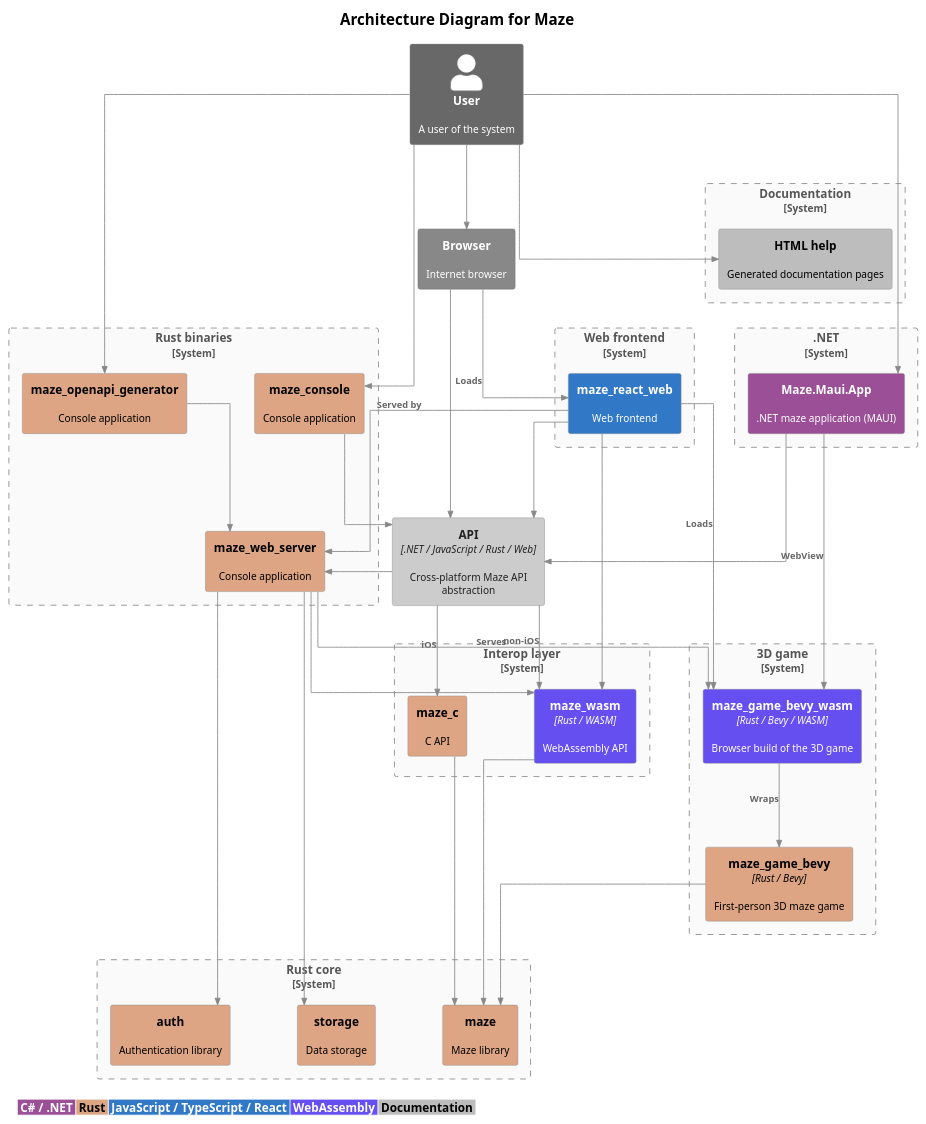
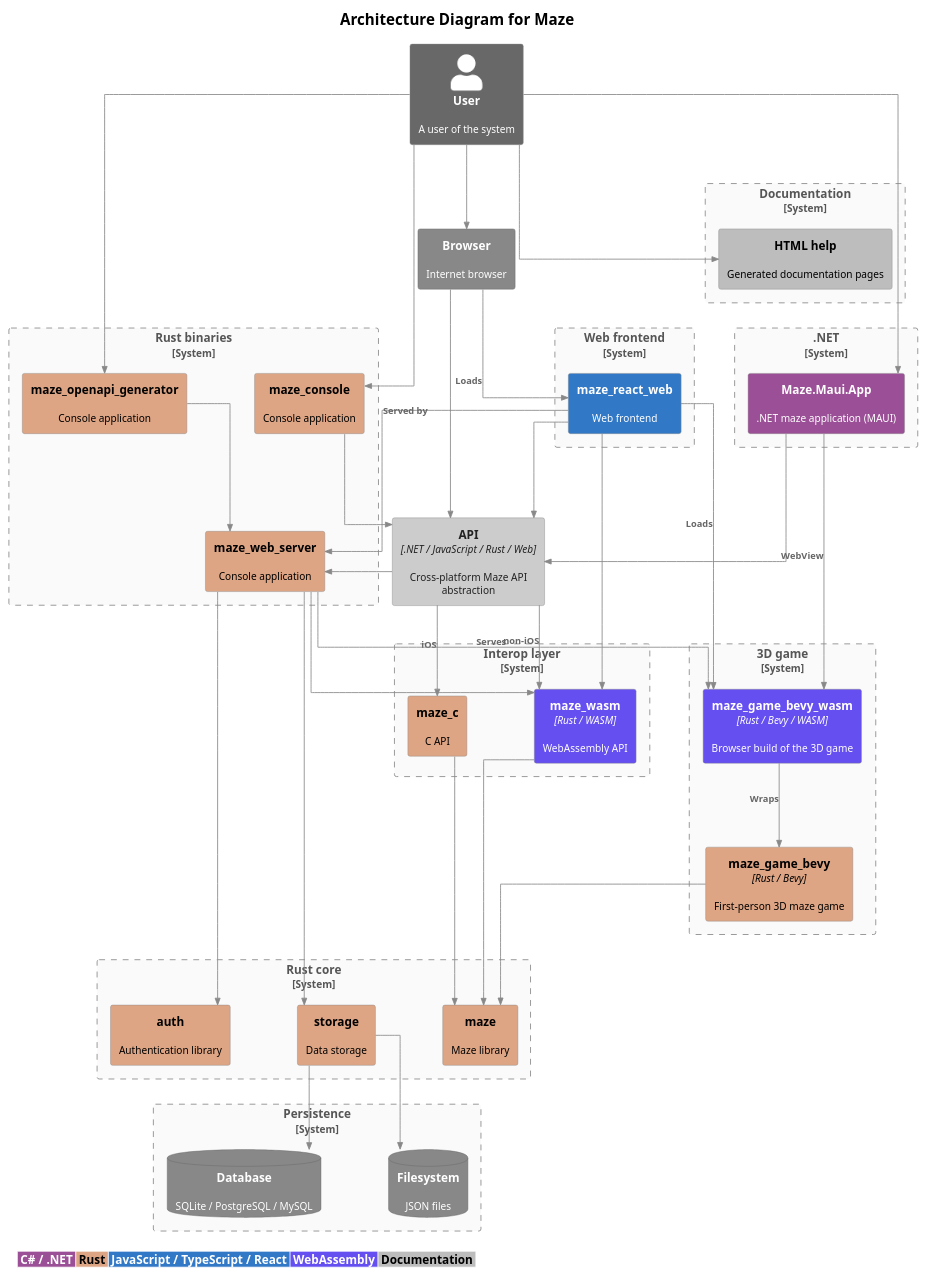
The diagram in docs/diagrams/architecture.puml (budgiedownunder/maze), drawn with PlantUML before and after one commit. The commit also changed 1 other file, not shown here.

Commit message:
docs (diagrams): add Persistence boundary showing FileStore and SqlStore backends on architecture and components diagrams

```diff
--- a/docs/diagrams/architecture.puml
+++ b/docs/diagrams/architecture.puml
@@ -2,98 +2,105 @@
 @startuml architecture
 
 !include https://raw.githubusercontent.com/plantuml-stdlib/C4-PlantUML/master/C4_Container.puml
 
 LAYOUT_TOP_DOWN()
 HIDE_STEREOTYPE()
 skinparam linetype ortho
 skinparam nodesep 80
 skinparam ranksep 100
 skinparam defaultFontSize 12
 skinparam titleFontSize 18
 skinparam titleFontStyle bold
 skinparam ArrowFontSize 11
 
 UpdateElementStyle("container", $bgColor="#cccccc", $fontColor="#222222", $borderColor="#888888")
 UpdateElementStyle("external_container", $bgColor="#888888", $fontColor="#ffffff", $borderColor="#666666")
 UpdateBoundaryStyle($bgColor="#fafafa", $fontColor="#555555", $borderColor="#888888", $borderStyle="dashed")
 UpdateRelStyle($lineColor="#888888", $textColor="#666666")
 
 AddElementTag("rust",   $bgColor="#dea584", $fontColor="#000000", $legendText="Rust")
 AddElementTag("csharp", $bgColor="#9b4f96", $fontColor="#ffffff", $legendText="C# / .NET")
 AddElementTag("ts",     $bgColor="#3178c6", $fontColor="#ffffff", $legendText="JavaScript / TypeScript / React")
 AddElementTag("wasm",   $bgColor="#654ff0", $fontColor="#ffffff", $legendText="WebAssembly")
 AddElementTag("doc",    $bgColor="#bdbdbd", $fontColor="#000000", $legendText="Documentation")
 
 title Architecture Diagram for Maze
 
 Person_Ext(user, "User", "A user of the system")
 
 Container_Ext(browser, "Browser", "", "Internet browser")
 Container(api, "API", ".NET / JavaScript / Rust / Web", "Cross-platform Maze API abstraction")
 
 System_Boundary(b_rust_core, "Rust core") {
     Container(maze, "maze", "", "Maze library", $tags="rust")
     Container(auth, "auth", "", "Authentication library", $tags="rust")
     Container(storage, "storage", "", "Data storage", $tags="rust")
 }
 
 System_Boundary(b_rust_bins, "Rust binaries") {
     Container(maze_web_server, "maze_web_server", "", "Console application", $tags="rust")
     Container(maze_console, "maze_console", "", "Console application", $tags="rust")
     Container(maze_openapi_generator, "maze_openapi_generator", "", "Console application", $tags="rust")
 }
 
 System_Boundary(b_interop, "Interop layer") {
     Container(maze_wasm, "maze_wasm", "Rust / WASM", "WebAssembly API", $tags="wasm")
     Container(maze_c, "maze_c", "", "C API", $tags="rust")
 }
 
 System_Boundary(b_dotnet, ".NET") {
     Container(maze_maui_app_net, "Maze.Maui.App", "", ".NET maze application (MAUI)", $tags="csharp")
 }
 
 System_Boundary(b_web, "Web frontend") {
     Container(maze_react_web, "maze_react_web", "", "Web frontend", $tags="ts")
 }
 
 System_Boundary(b_game, "3D game") {
     Container(maze_game_bevy, "maze_game_bevy", "Rust / Bevy", "First-person 3D maze game", $tags="rust")
     Container(maze_game_bevy_wasm, "maze_game_bevy_wasm", "Rust / Bevy / WASM", "Browser build of the 3D game", $tags="wasm")
 }
 
 System_Boundary(b_docs, "Documentation") {
     Container(html_help, "HTML help", "", "Generated documentation pages", $tags="doc")
 }
 
+System_Boundary(b_persistence, "Persistence") {
+    ContainerDb_Ext(filesystem, "Filesystem", "", "JSON files")
+    ContainerDb_Ext(database, "Database", "", "SQLite / PostgreSQL / MySQL")
+}
+
 Rel(user, browser, "")
 Rel(maze_react_web, maze_web_server, "Served by")
 Rel(user, html_help, "")
 Rel(user, maze_console, "")
 Rel(user, maze_maui_app_net, "")
 Rel(user, maze_openapi_generator, "")
 Rel(browser, api, "")
 Rel(browser, maze_react_web, "Loads")
 Rel(maze_react_web, api, "")
 Rel(maze_console, api, "")
 Rel(maze_maui_app_net, api, "")
 Rel(maze_openapi_generator, maze_web_server, "")
 Rel(maze_c, maze, "")
 Rel(maze_wasm, maze, "")
 Rel(api, maze_wasm, "non-iOS")
 Rel(api, maze_c, "iOS")
 Rel(api, maze_web_server, "")
 Rel(maze_web_server, maze_wasm, "")
 Rel(maze_web_server, auth, "")
 Rel(maze_web_server, storage, "")
+Rel(storage, filesystem, "")
+Rel(storage, database, "")
 Rel(maze_game_bevy, maze, "")
 Rel(maze_game_bevy_wasm, maze_game_bevy, "Wraps")
 Rel(maze_web_server, maze_game_bevy_wasm, "Serves")
 Rel(maze_react_web, maze_game_bevy_wasm, "Loads")
 Rel(maze_react_web, maze_wasm, "")
 Rel(maze_maui_app_net, maze_game_bevy_wasm, "WebView")
 
 legend bottom left
 |<#9b4f96> <color:#ffffff>**C# / .NET**</color> |<#dea584> <color:#000000>**Rust**</color> |<#3178c6> <color:#ffffff>**JavaScript / TypeScript / React**</color> |<#654ff0> <color:#ffffff>**WebAssembly**</color> |<#bdbdbd> <color:#000000>**Documentation**</color> |
 endlegend
 
 @enduml
```
